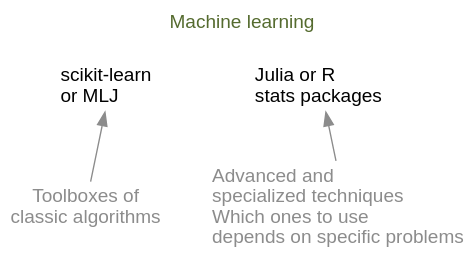
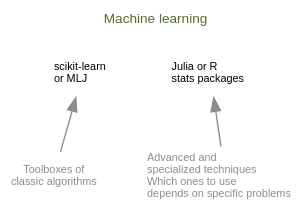
Before and after one commit to WestDRI/arc-training: diagram 21 of 24 in ai/wb_frameworks_content.qmd, drawn with Graphviz. The commit also changed other lines of this file and 2 other files, not shown here.

````diff
--- a/ai/wb_frameworks_content.qmd
+++ b/ai/wb_frameworks_content.qmd
@@ -1177,27 +1179,28 @@
 ```{dot}
 //| echo: false
 
 strict digraph {
-  
+
 bgcolor="transparent"
 graph [fontname="Inconsolata, sans-serif"]
 node [fontname="Inconsolata, sans-serif"]
 label="Machine learning\n\n"
 fontcolor=darkolivegreen
+fontsize=10
 labelloc=t
 
-1 [label="scikit-learn\lor MLJ\l", shape=plaintext]
-2 [label="Julia or R\lstats packages\l", shape=plaintext]
+1 [label="scikit-learn\lor MLJ\l", shape=plaintext, fontsize=8]
+2 [label="Julia or R\lstats packages\l", shape=plaintext, fontsize=8]
 
-3 [label="Toolboxes of\nclassic algorithms", shape=plaintext, fontcolor=gray55]
-4 [label="Advanced and\lspecialized techniques\lWhich ones to use\ldepends on specific problems\l", shape=plaintext, fontcolor=gray55]
+3 [label="Toolboxes of\nclassic algorithms", shape=plaintext, fontcolor=gray55, fontsize=8]
+4 [label="Advanced and\lspecialized techniques\lWhich ones to use\ldepends on specific problems\l", shape=plaintext, fontcolor=gray55, fontsize=8]
 
 {rank=same; 1 2}
 {rank=same; 3 4}
 
 1 -> 2 [style=invis]
 1 -> 3 [dir=back, color=gray55]
 2 -> 4 [dir=back, color=gray55]
 
 }
 ```
````
